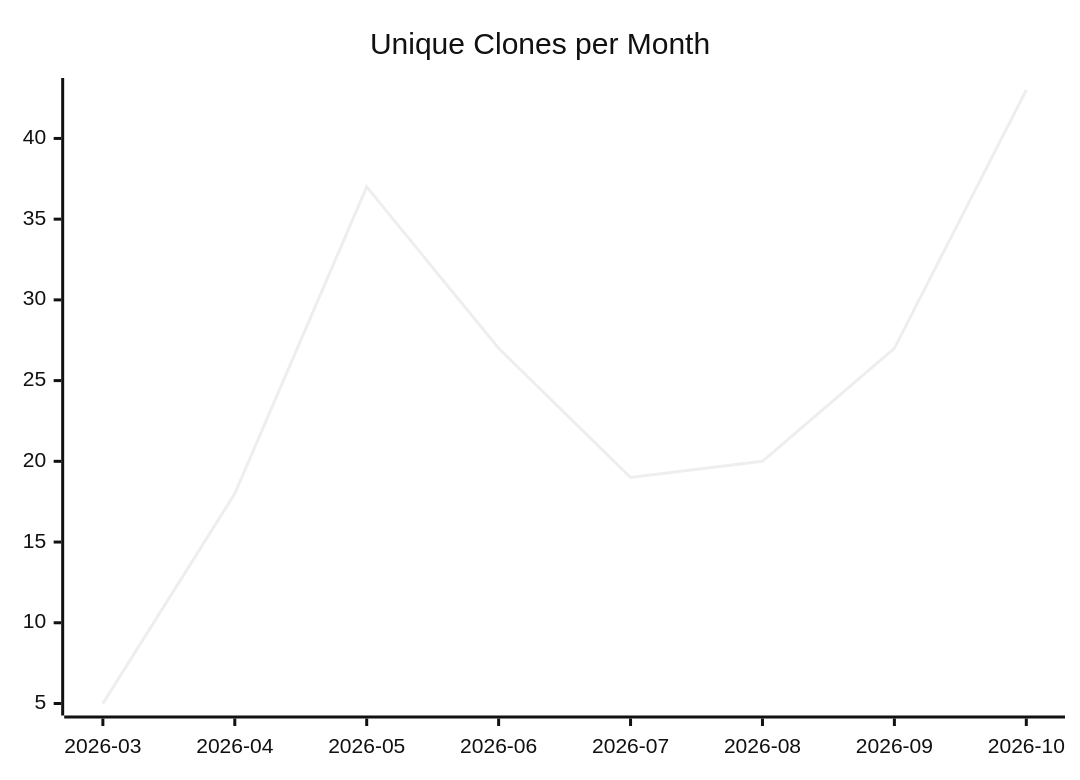
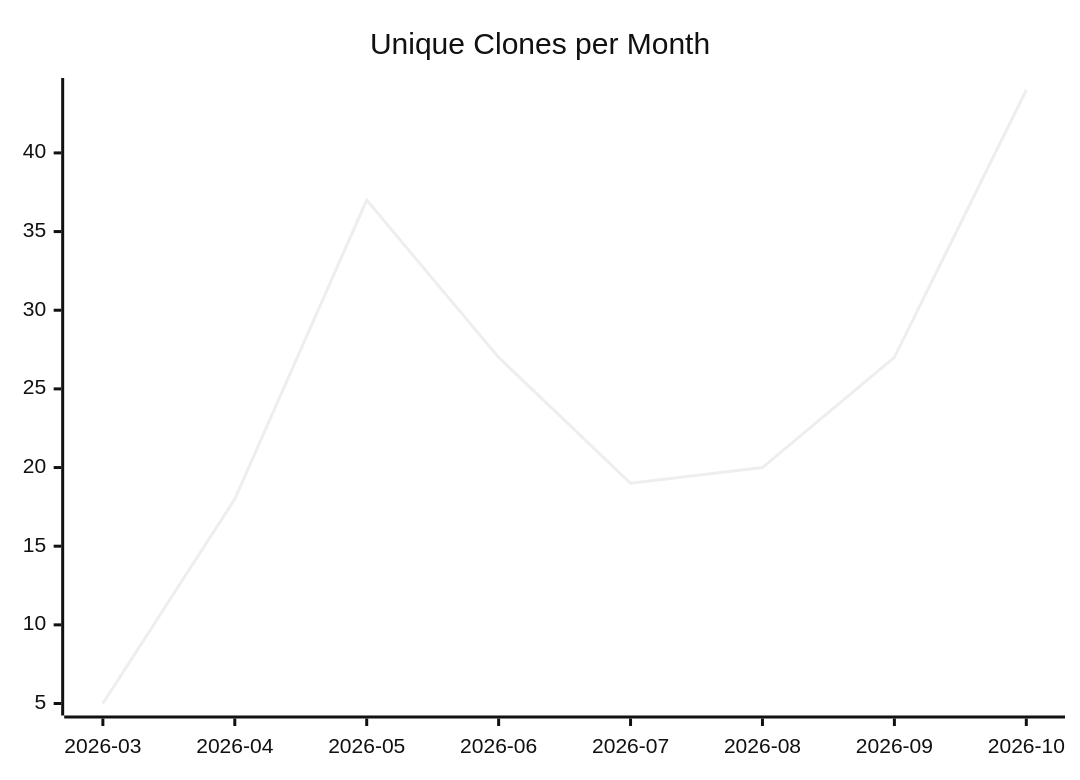
The third of 3 diagrams in karlmdavis/obsidian-operator/README.md (justdavis-family/github-analytics-data), drawn with Mermaid (neutral theme) before and after one commit. The commit also changed other lines of this file and 200 other files, not shown here.

````diff
--- a/karlmdavis/obsidian-operator/README.md
+++ b/karlmdavis/obsidian-operator/README.md
@@ -19,6 +19,6 @@
 ```mermaid
 xychart-beta
   title "Unique Clones per Month"
   x-axis ["2026-03", "2026-04", "2026-05", "2026-06", "2026-07", "2026-08", "2026-09", "2026-10"]
-  line [5, 18, 37, 27, 19, 20, 27, 43]
+  line [5, 18, 37, 27, 19, 20, 27, 44]
 ```
````
